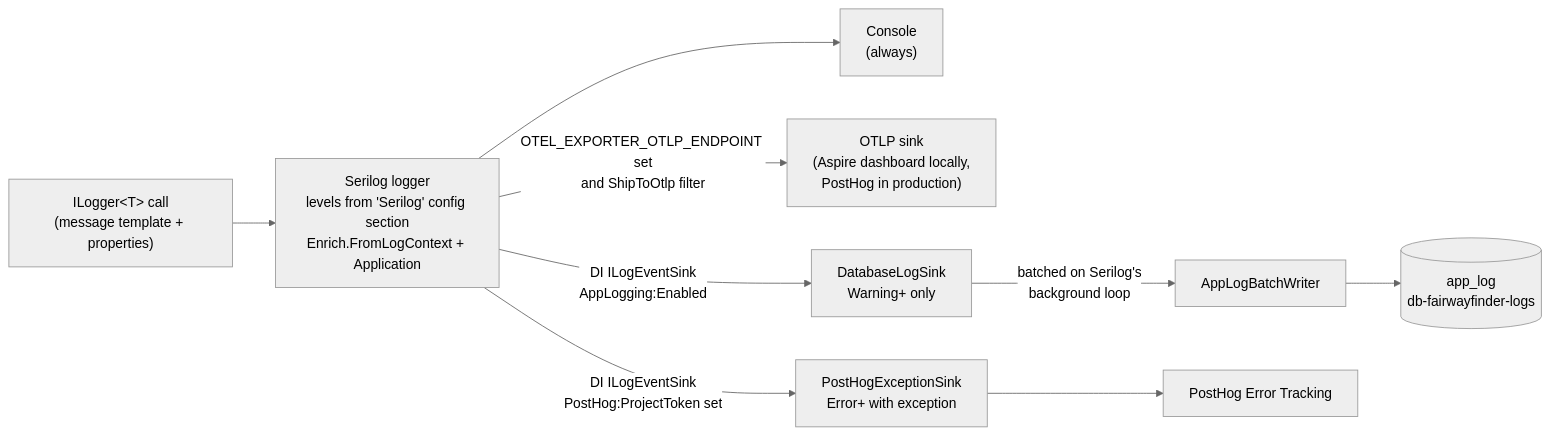
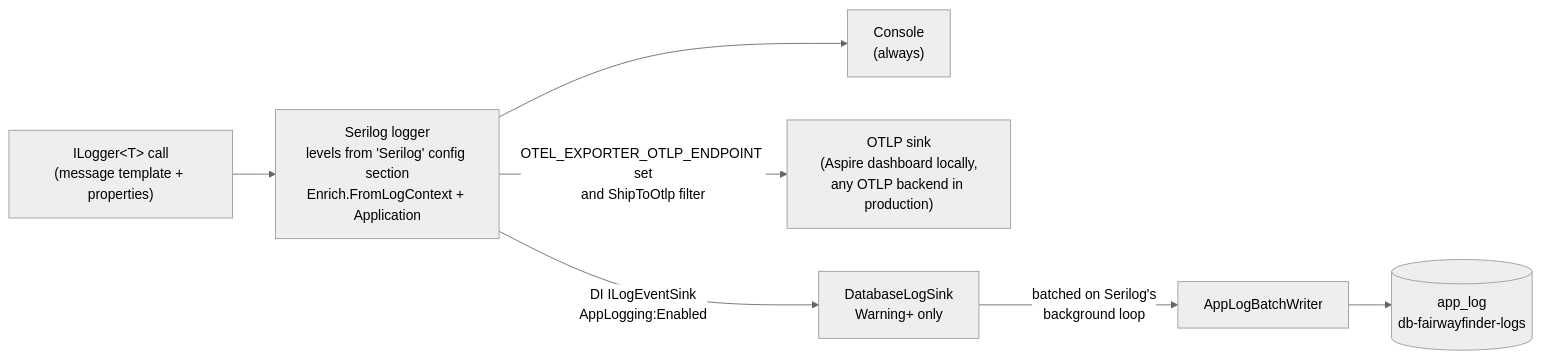
The first of 2 diagrams in docs/operations/logging-and-observability.md (georgebjork/FairwayFinder), drawn with Mermaid (neutral theme) before and after one commit. The commit also changed other lines of this file and 56 other files, not shown here.

````diff
--- a/docs/operations/logging-and-observability.md
+++ b/docs/operations/logging-and-observability.md
@@ -11,9 +11,8 @@
 ```mermaid
 flowchart LR
     E["ILogger&lt;T&gt; call<br/>(message template + properties)"] --> S["Serilog logger<br/>levels from 'Serilog' config section<br/>Enrich.FromLogContext + Application"]
     S --> C["Console<br/>(always)"]
-    S -->|"OTEL_EXPORTER_OTLP_ENDPOINT set<br/>and ShipToOtlp filter"| O["OTLP sink<br/>(Aspire dashboard locally,<br/>PostHog in production)"]
+    S -->|"OTEL_EXPORTER_OTLP_ENDPOINT set<br/>and ShipToOtlp filter"| O["OTLP sink<br/>(Aspire dashboard locally,<br/>any OTLP backend in production)"]
     S -->|"DI ILogEventSink<br/>AppLogging:Enabled"| D["DatabaseLogSink<br/>Warning+ only"]
     D -->|"batched on Serilog's<br/>background loop"| W["AppLogBatchWriter"] --> T[("app_log<br/>db-fairwayfinder-logs")]
-    S -->|"DI ILogEventSink<br/>PostHog:ProjectToken set"| P["PostHogExceptionSink<br/>Error+ with exception"] --> PH["PostHog Error Tracking"]
 ```
````
